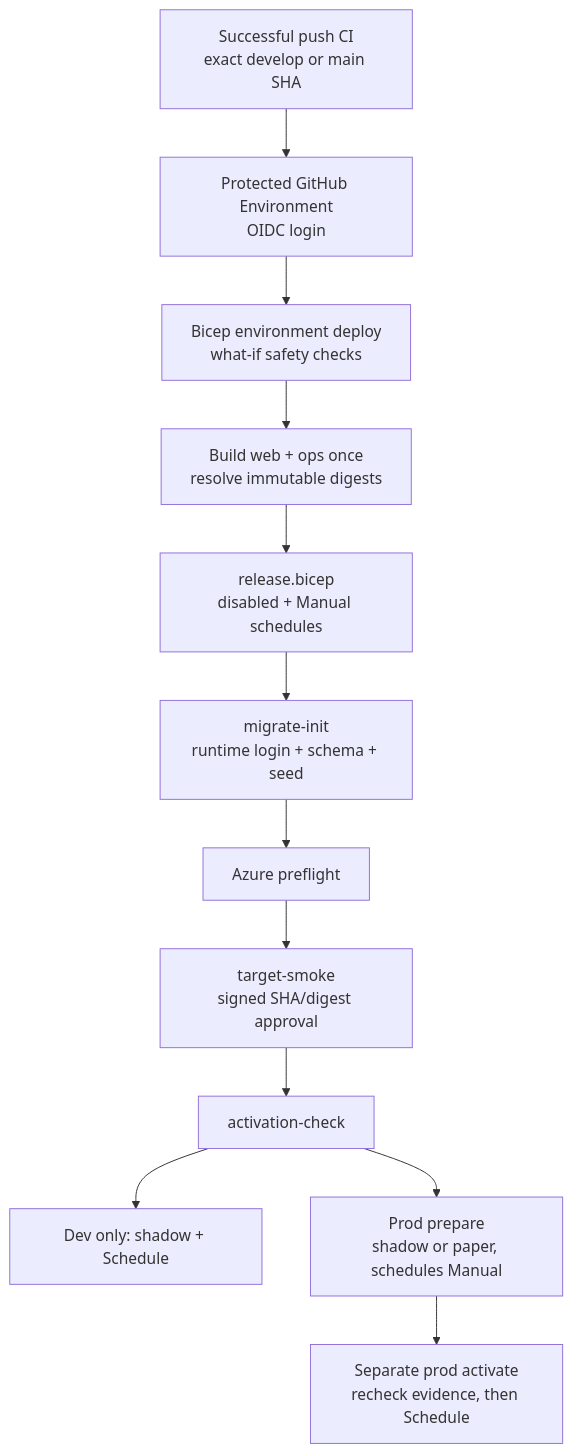
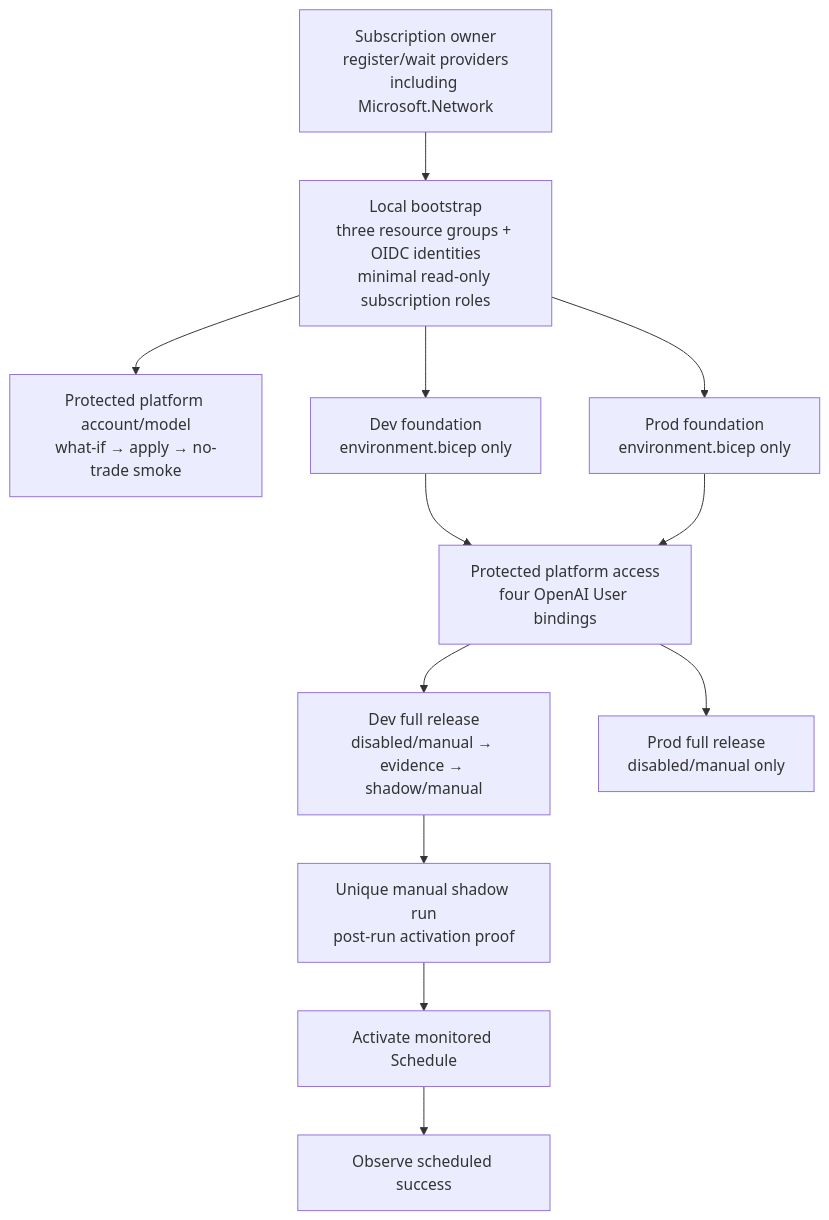
Before and after one commit to The-weyland-yutani-corporation/project-krypto-dog: the second of 2 diagrams in specs/architecture.md, drawn with Mermaid. The commit also changed other lines of this file and 88 other files, not shown here.

Commit message:
feat: deploy Azure-native Luna platform

````diff
--- a/specs/architecture.md
+++ b/specs/architecture.md
@@ -138,19 +175,23 @@
 ```mermaid
 flowchart TD
-  CI["Successful push CI<br/>exact develop or main SHA"]
-  ENV["Protected GitHub Environment<br/>OIDC login"]
-  CORE["Bicep environment deploy<br/>what-if safety checks"]
-  IMAGE["Build web + ops once<br/>resolve immutable digests"]
-  RELEASE["release.bicep<br/>disabled + Manual schedules"]
-  INIT["migrate-init<br/>runtime login + schema + seed"]
-  PREFLIGHT["Azure preflight"]
-  SMOKE["target-smoke<br/>signed SHA/digest approval"]
-  ACTCHECK["activation-check"]
-  DEV["Dev only: shadow + Schedule"]
-  PREPARE["Prod prepare<br/>shadow or paper, schedules Manual"]
-  ACTIVATE["Separate prod activate<br/>recheck evidence, then Schedule"]
+  PROVIDERS["Subscription owner<br/>register/wait providers<br/>including Microsoft.Network"]
+  BOOT["Local bootstrap<br/>three resource groups + OIDC identities<br/>minimal read-only subscription roles"]
+  PLATFORM["Protected platform account/model<br/>what-if → apply → no-trade smoke"]
+  DEV_FOUNDATION["Dev foundation<br/>environment.bicep only"]
+  PROD_FOUNDATION["Prod foundation<br/>environment.bicep only"]
+  ACCESS["Protected platform access<br/>four OpenAI User bindings"]
+  DEV_FULL["Dev full release<br/>disabled/manual → evidence → shadow/manual"]
+  DEV_MANUAL["Unique manual shadow run<br/>post-run activation proof"]
+  DEV_SCHEDULE["Activate monitored Schedule"]
+  DEV_OBSERVE["Observe scheduled success"]
+  PROD_FULL["Prod full release<br/>disabled/manual only"]
 
-  CI --> ENV --> CORE --> IMAGE --> RELEASE --> INIT --> PREFLIGHT --> SMOKE --> ACTCHECK
-  ACTCHECK --> DEV
-  ACTCHECK --> PREPARE --> ACTIVATE
+  PROVIDERS --> BOOT
+  BOOT --> PLATFORM
+  BOOT --> DEV_FOUNDATION
+  BOOT --> PROD_FOUNDATION
+  DEV_FOUNDATION --> ACCESS
+  PROD_FOUNDATION --> ACCESS
+  ACCESS --> DEV_FULL --> DEV_MANUAL --> DEV_SCHEDULE --> DEV_OBSERVE
+  ACCESS --> PROD_FULL
 ```
````
